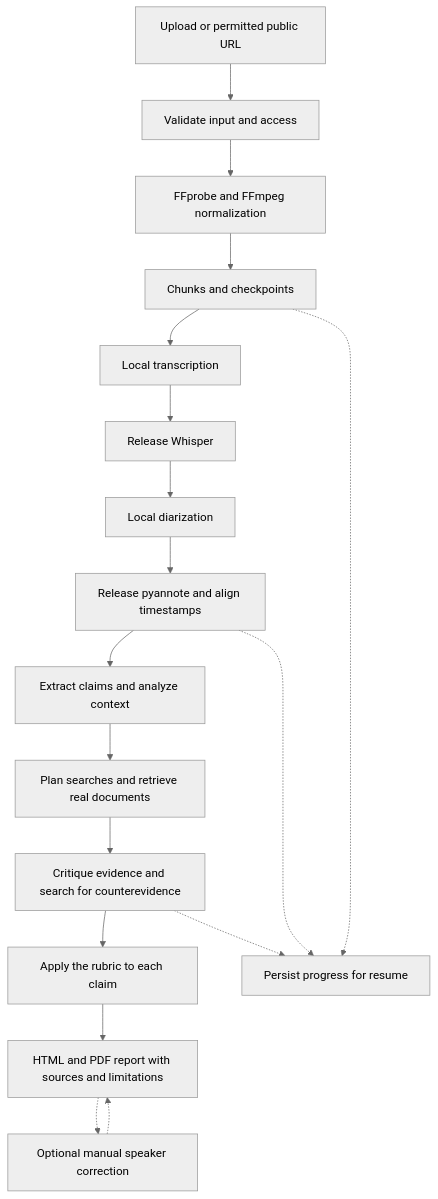
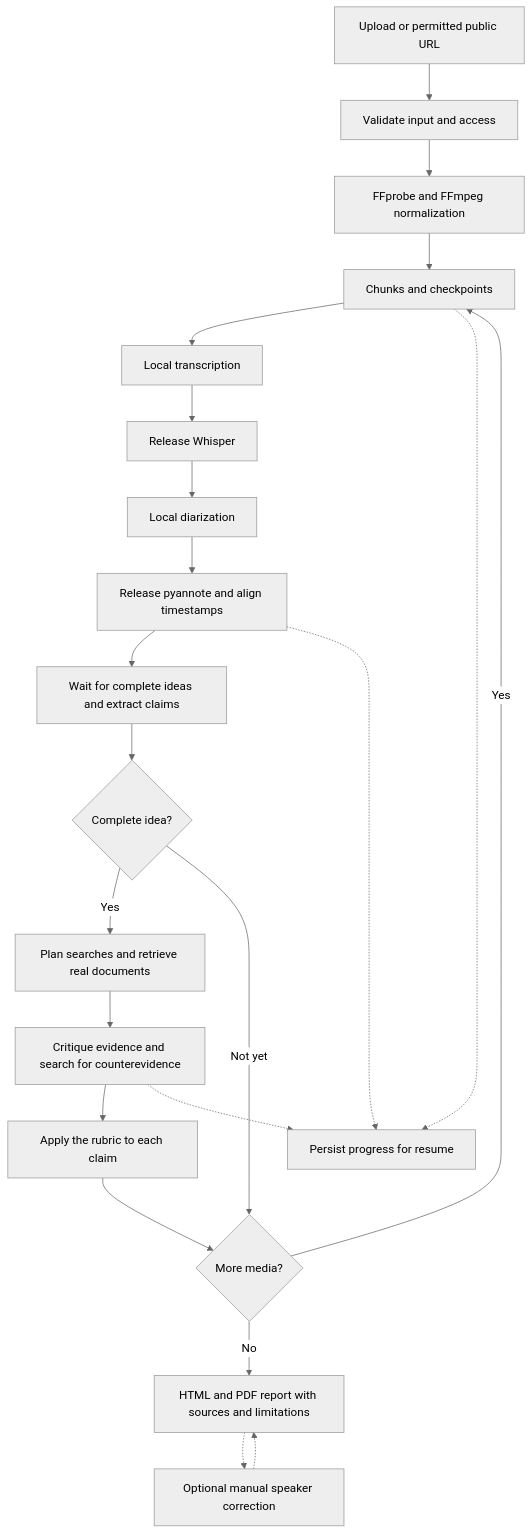
The third of 4 diagrams in README.md (FabricioHiury/verifact-ai), drawn with Mermaid (neutral theme) before and after one commit. The commit also changed other lines of this file and 26 other files, not shown here.

Commit message:
feat: Enhance idea processing and context handling in claims

````diff
--- a/README.md
+++ b/README.md
@@ -297,20 +321,24 @@
 ```mermaid
 flowchart TD
     A[Upload or permitted public URL] --> B[Validate input and access]
     B --> C[FFprobe and FFmpeg normalization]
     C --> D[Chunks and checkpoints]
     D --> E[Local transcription]
     E --> F[Release Whisper]
     F --> G[Local diarization]
     G --> H[Release pyannote and align timestamps]
-    H --> J[Extract claims and analyze context]
-    J --> K[Plan searches and retrieve real documents]
+    H --> J[Wait for complete ideas and extract claims]
+    J --> Q{Complete idea?}
+    Q -->|Yes| K[Plan searches and retrieve real documents]
+    Q -->|Not yet| P
     K --> L[Critique evidence and search for counterevidence]
     L --> M[Apply the rubric to each claim]
-    M --> N[HTML and PDF report with sources and limitations]
+    M --> P{More media?}
+    P -->|Yes| D
+    P -->|No| N[HTML and PDF report with sources and limitations]
     N -.-> I[Optional manual speaker correction]
     I -.-> N
     D -.-> O[Persist progress for resume]
     H -.-> O
     L -.-> O
 ```
````
